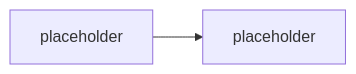
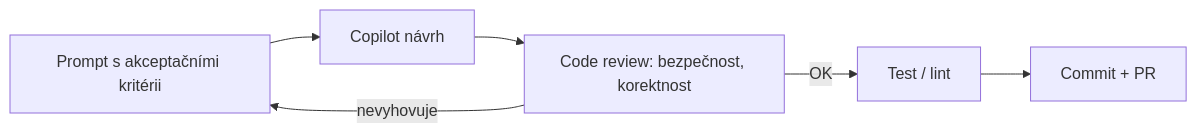
Before and after one commit to MalasekPetr/gopas-goc223: the diagram in day-1/vscode-copilot-env/README.md, drawn with Mermaid. The commit also changed other lines of this file and 8 other files, not shown here.

First line of the commit message:
Expand Day 1 to full depth: VS Code/Copilot, automation strategy, PowerShell deep-dive

````diff
--- a/day-1/vscode-copilot-env/README.md
+++ b/day-1/vscode-copilot-env/README.md
@@ -18,5 +21,8 @@
 ```mermaid
-%% TODO: diagram — prompt -> Copilot návrh -> review -> test -> commit/PR
 flowchart LR
-  A[placeholder] --> B[placeholder]
+  A[Prompt s akceptačními kritérii] --> B[Copilot návrh]
+  B --> C[Code review: bezpečnost, korektnost]
+  C -->|OK| D[Test / lint]
+  C -->|nevyhovuje| A
+  D --> E[Commit + PR]
 ```
````
